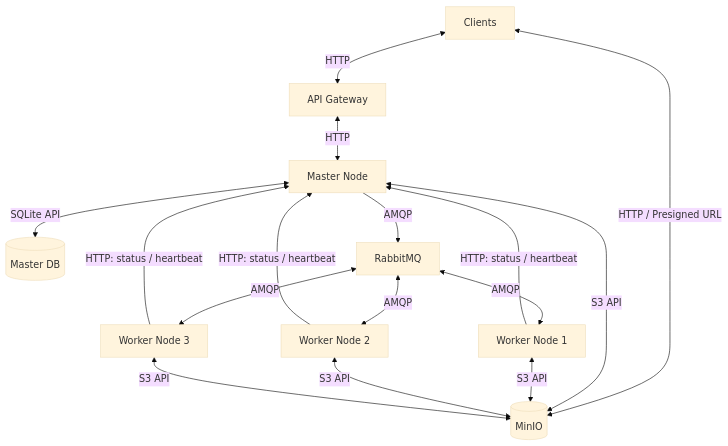
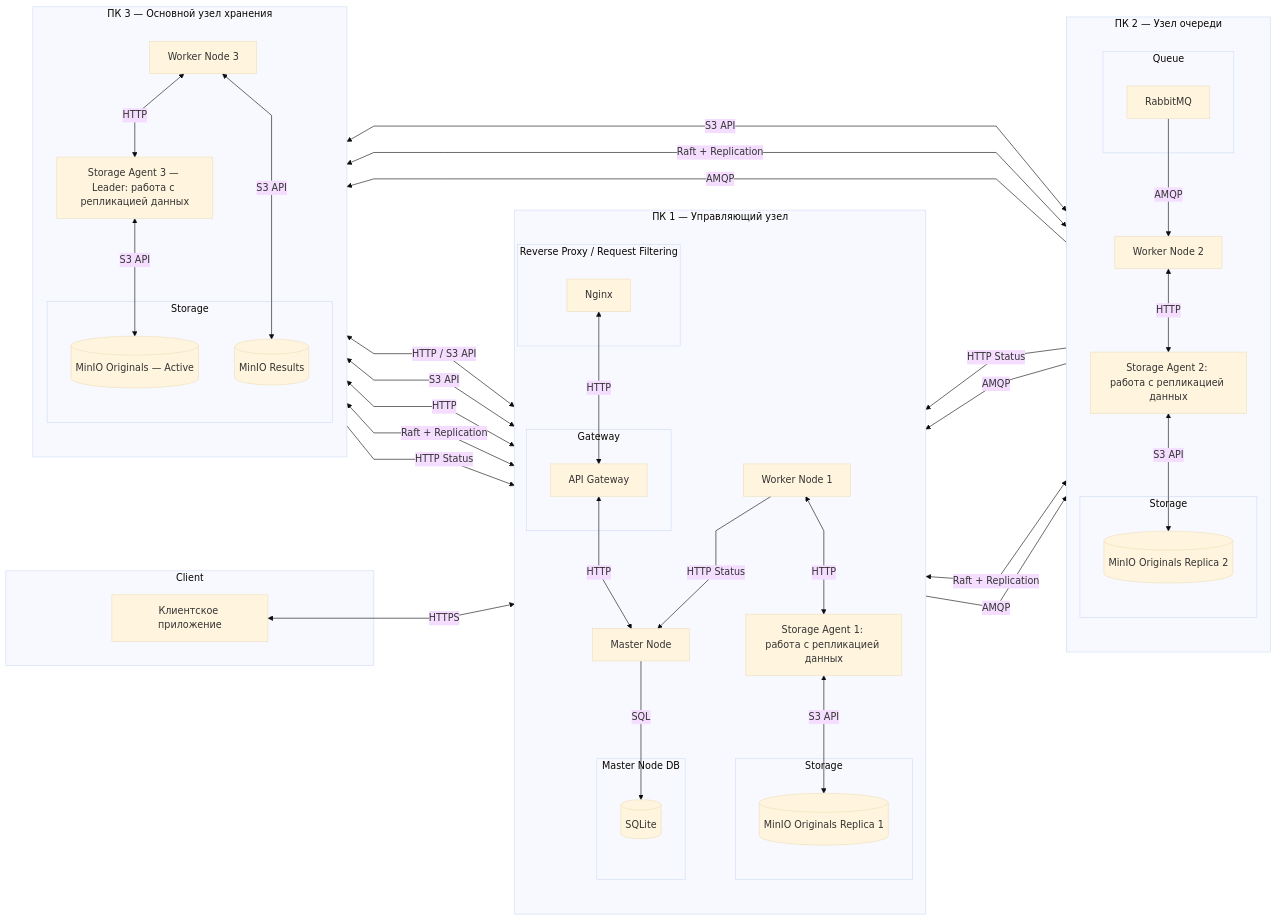
One commit to spbu-ds-practicum-2026/vibeflow changed the first of 9 diagrams in docs/tr.md. Above: the diagram before and after it, drawn with Mermaid (base theme). The commit also changed other lines of this file, not shown here.

````diff
--- a/docs/tr.md
+++ b/docs/tr.md
@@ -127,23 +127,105 @@
 ```mermaid
-flowchart TD
-    C["Clients"] <-->|HTTP| API["API Gateway"]
-    API <-->|HTTP| M["Master Node"]
+---
+config:
+  flowchart:
+    nodeSpacing: 60
+    rankSpacing: 90
+    curve: linear
+---
+flowchart LR
+    subgraph CLIENT["Client"]
+        APP["Клиентское приложение"]
+    end
 
-    C <-->|"HTTP / Presigned URL"| S[("MinIO")]
+    subgraph PC1["ПК 1 — Управляющий узел"]
+        direction TB
 
-    M <-->|"SQLite API"| DB[("Master DB")]
-    M <-->|"S3 API"| S
-    M -->|"AMQP"| Q["RabbitMQ"]
+        subgraph PROXY["Reverse Proxy / Request Filtering"]
+            Nginx["Nginx"]
+        end
 
-    Q <-->|"AMQP"| W1["Worker Node 1"]
-    Q <-->|"AMQP"| W2["Worker Node 2"]
-    Q <-->|"AMQP"| W3["Worker Node 3"]
+        subgraph GATE["Gateway"]
+            API["API Gateway"]
+        end
 
-    W1 <-->|"S3 API"| S
-    W2 <-->|"S3 API"| S
-    W3 <-->|"S3 API"| S
+        MASTER["Master Node"]
 
-    W1 -->|"HTTP: status / heartbeat"| M
-    W2 -->|"HTTP: status / heartbeat"| M
-    W3 -->|"HTTP: status / heartbeat"| M
+        subgraph DB["Master Node DB"]
+            SQLITE[("SQLite")]
+        end
+
+        W1["Worker Node 1"]
+        AGENT1["Storage Agent 1: работа с репликацией данных"]
+
+        subgraph MIN1["Storage"]
+            MINIO1[("MinIO Originals Replica 1")]
+        end
+
+        MASTER -->|SQL| SQLITE
+        AGENT1 <-->|S3 API| MINIO1
+    end
+
+    subgraph PC2["ПК 2 — Узел очереди"]
+        direction TB
+
+        subgraph QUEUE["Queue"]
+            MQ["RabbitMQ"]
+        end
+
+        W2["Worker Node 2"]
+        AGENT2["Storage Agent 2: работа с репликацией данных"]
+
+        subgraph MIN2["Storage"]
+            MINIO2[("MinIO Originals Replica 2")]
+        end
+
+        AGENT2 <-->|S3 API| MINIO2
+    end
+
+    subgraph PC3["ПК 3 — Основной узел хранения"]
+        direction TB
+
+        W3["Worker Node 3"]
+        AGENT3["Storage Agent 3 — Leader: работа с репликацией данных"]
+
+        subgraph MIN3["Storage"]
+            MINIO3[("MinIO Originals — Active")]
+            RESULT_MINIO[("MinIO Results")]
+        end
+
+        AGENT3 <-->|S3 API| MINIO3
+    end
+
+    APP <-->|HTTPS| Nginx
+    Nginx <-->|HTTP| API
+    API <-->|HTTP| MASTER
+
+    MASTER -->|AMQP| MQ
+
+    MQ -->|AMQP| W1
+    MQ -->|AMQP| W2
+    MQ -->|AMQP| W3
+
+    W1 -->|HTTP Status| MASTER
+    W2 -->|HTTP Status| MASTER
+    W3 -->|HTTP Status| MASTER
+
+    AGENT1 <-->|Raft + Replication| AGENT2
+    AGENT2 <-->|Raft + Replication| AGENT3
+    AGENT1 <-->|Raft + Replication| AGENT3
+
+    MASTER <-->|HTTP| AGENT3
+
+    W1 <-->|HTTP| AGENT1
+    W2 <-->|HTTP| AGENT2
+    W3 <-->|HTTP| AGENT3
+
+    W1 <-->|S3 API| RESULT_MINIO
+    W2 <-->|S3 API| RESULT_MINIO
+    W3 <-->|S3 API| RESULT_MINIO
+
+    API <-->|HTTP / S3 API| RESULT_MINIO
+
+    PC1 ~~~ PC2
+    PC2 ~~~ PC3
 ```
````
